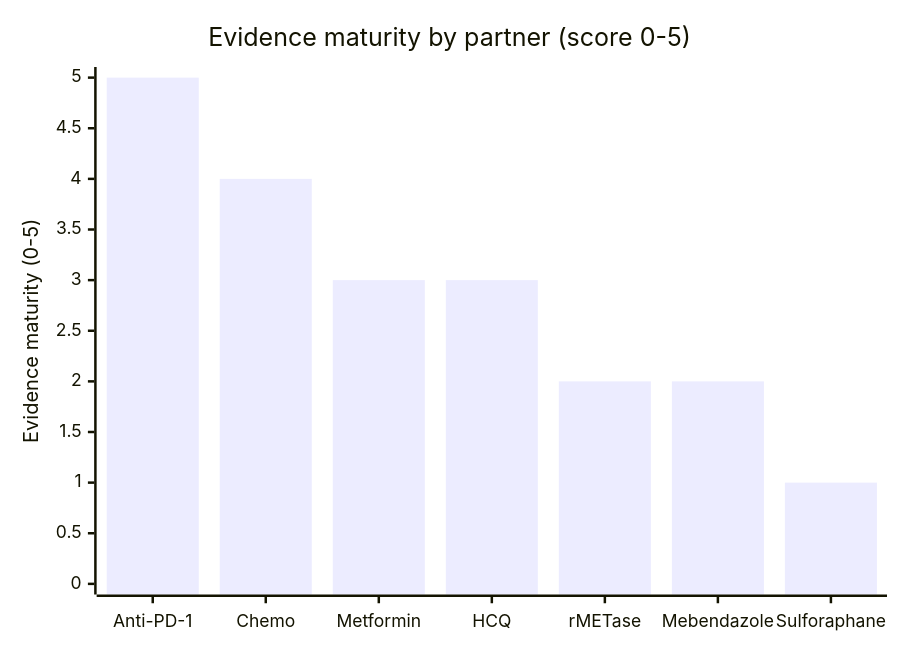
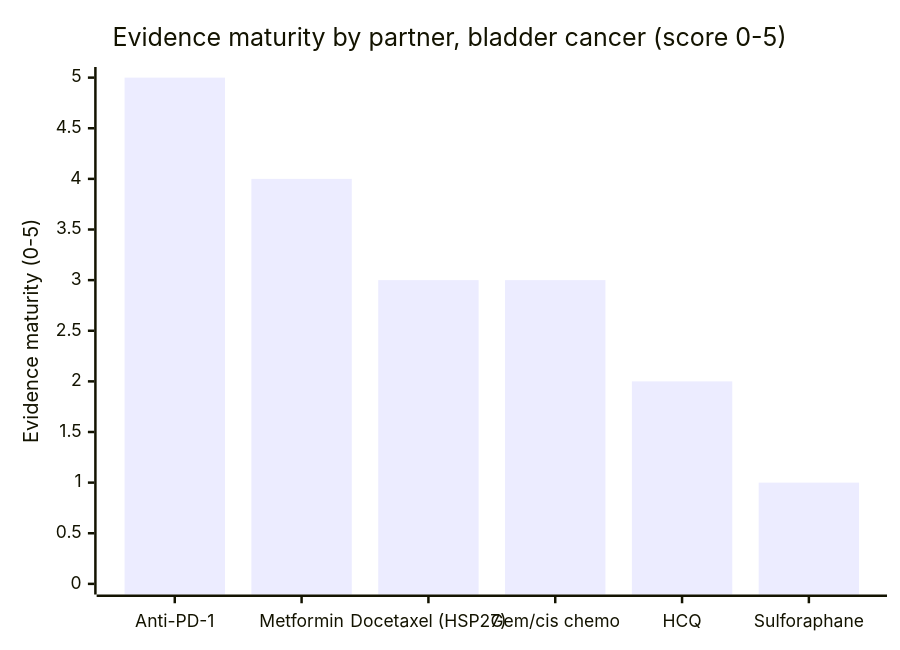
One commit to amarzouq1/canvastyle changed the first of 2 diagrams in README.md. Above: the diagram before and after it, drawn with Mermaid. The commit also changed other lines of this file and 3 other files, not shown here.

Commit message:
Update canvases, README, and render for bladder cancer

````diff
--- a/README.md
+++ b/README.md
@@ -30,7 +30,7 @@
 ```mermaid
 xychart-beta
-    title "Evidence maturity by partner (score 0-5)"
-    x-axis ["Anti-PD-1", "Chemo", "Metformin", "HCQ", "rMETase", "Mebendazole", "Sulforaphane"]
+    title "Evidence maturity by partner, bladder cancer (score 0-5)"
+    x-axis ["Anti-PD-1", "Metformin", "Docetaxel (HSP27)", "Gem/cis chemo", "HCQ", "Sulforaphane"]
     y-axis "Evidence maturity (0-5)" 0 --> 5
-    bar [5, 4, 3, 3, 2, 2, 1]
+    bar [5, 4, 3, 3, 2, 1]
 ```
````
